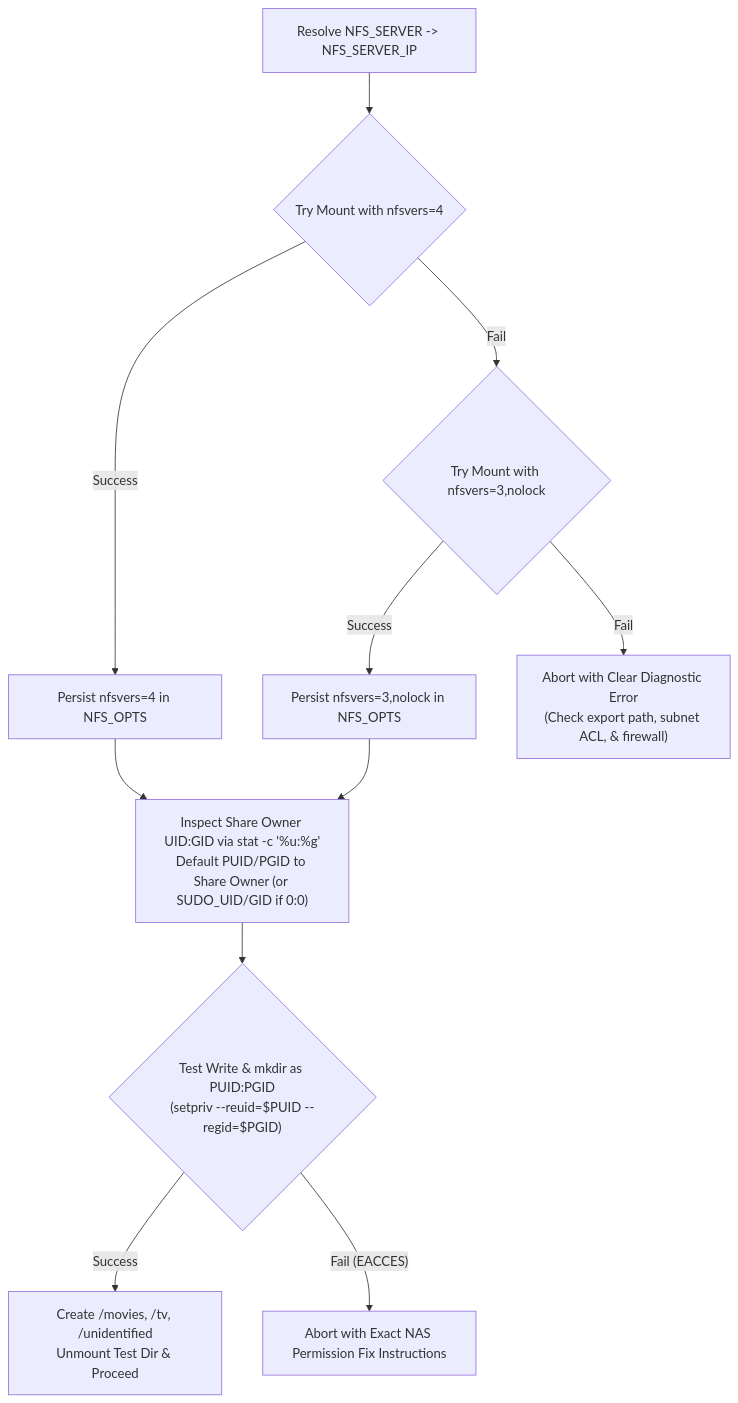
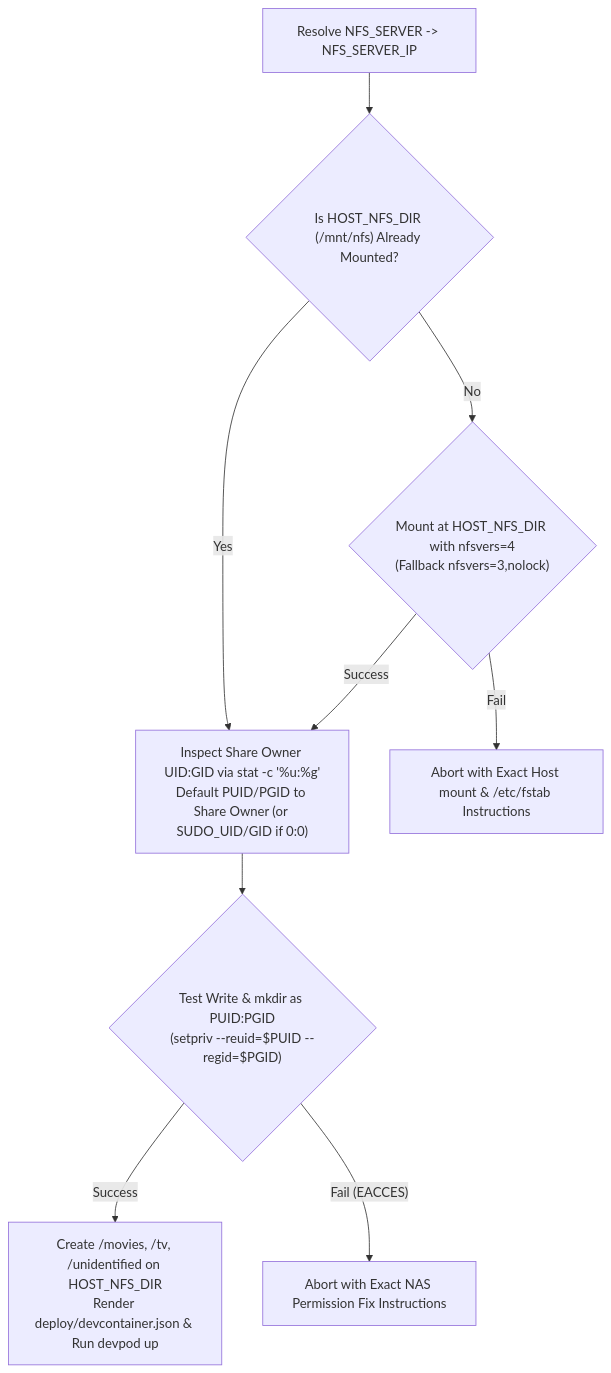
Before and after one commit to brotherlogic/hometheatre: the diagram in DOCKER.md, drawn with Mermaid. The commit also changed other lines of this file and 10 other files, not shown here.

````diff
--- a/DOCKER.md
+++ b/DOCKER.md
@@ -138,13 +154,11 @@
 ```mermaid
 flowchart TD
-    A["Resolve NFS_SERVER -> NFS_SERVER_IP"] --> B{"Try Mount with nfsvers=4"}
-    B -- "Success" --> D["Persist nfsvers=4 in NFS_OPTS"]
-    B -- "Fail" --> C{"Try Mount with nfsvers=3,nolock"}
-    C -- "Success" --> E["Persist nfsvers=3,nolock in NFS_OPTS"]
-    C -- "Fail" --> F["Abort with Clear Diagnostic Error\n(Check export path, subnet ACL, & firewall)"]
-    D --> G["Inspect Share Owner UID:GID via stat -c '%u:%g'\nDefault PUID/PGID to Share Owner (or SUDO_UID/GID if 0:0)"]
-    E --> G
+    A["Resolve NFS_SERVER -> NFS_SERVER_IP"] --> B{"Is HOST_NFS_DIR (/mnt/nfs) Already Mounted?"}
+    B -- "Yes" --> G["Inspect Share Owner UID:GID via stat -c '%u:%g'\nDefault PUID/PGID to Share Owner (or SUDO_UID/GID if 0:0)"]
+    B -- "No" --> C{"Mount at HOST_NFS_DIR with nfsvers=4\n(Fallback nfsvers=3,nolock)"}
+    C -- "Success" --> G
+    C -- "Fail" --> F["Abort with Exact Host mount & /etc/fstab Instructions"]
     G --> H{"Test Write & mkdir as PUID:PGID\n(setpriv --reuid=$PUID --regid=$PGID)"}
-    H -- "Success" --> I["Create /movies, /tv, /unidentified\nUnmount Test Dir & Proceed"]
+    H -- "Success" --> I["Create /movies, /tv, /unidentified on HOST_NFS_DIR\nRender deploy/devcontainer.json & Run devpod up"]
     H -- "Fail (EACCES)" --> J["Abort with Exact NAS Permission Fix Instructions"]
 ```
````
